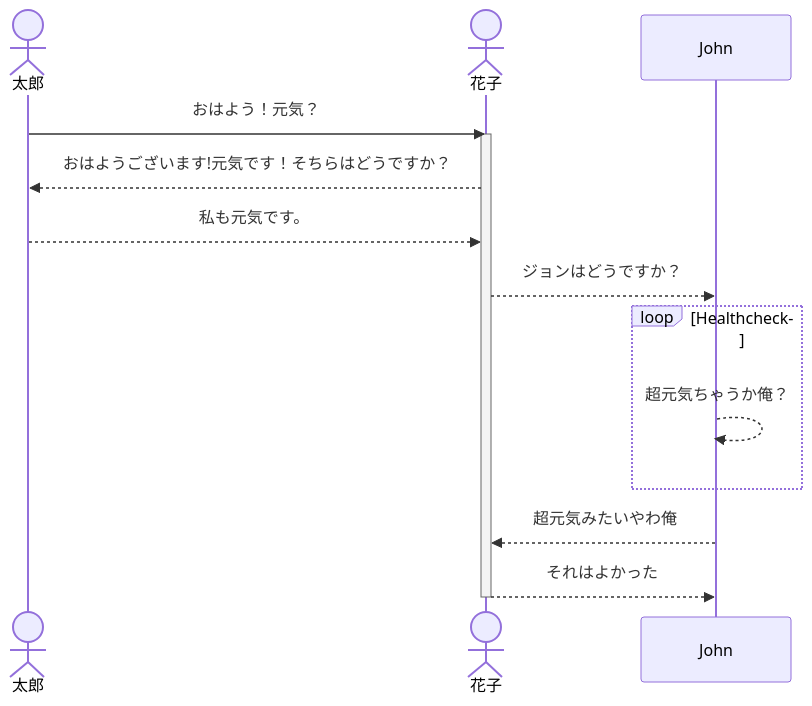
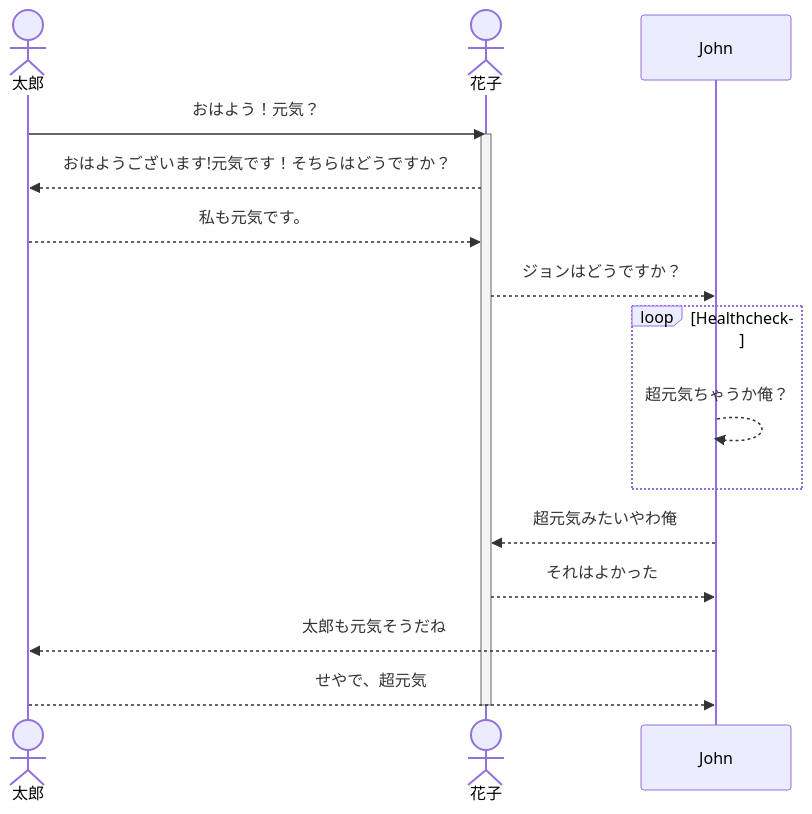
The second of 3 diagrams in README.md (tpu-game-2023/mermaid_test), drawn with Mermaid before and after one commit.

Commit message:
修正

````diff
--- a/README.md
+++ b/README.md
@@ -39,16 +39,18 @@
 ```mermaid
 sequenceDiagram
     actor 太郎
     actor 花子
     太郎->>花子: おはよう！元気？
     activate 花子
     花子-->>太郎: おはようございます!元気です！そちらはどうですか？
     太郎-->>花子: 私も元気です。
     花子-->>John: ジョンはどうですか？
     loop Healthcheck
         John-->>John: 超元気ちゃうか俺？
     end
     John-->>花子:超元気みたいやわ俺
-    花子-->>John:それはよかった     
+    花子-->>John:それはよかった
+    John-->>太郎:太郎も元気そうだね
+    太郎-->>John:せやで、超元気     
     deactivate 花子
 ```
````
